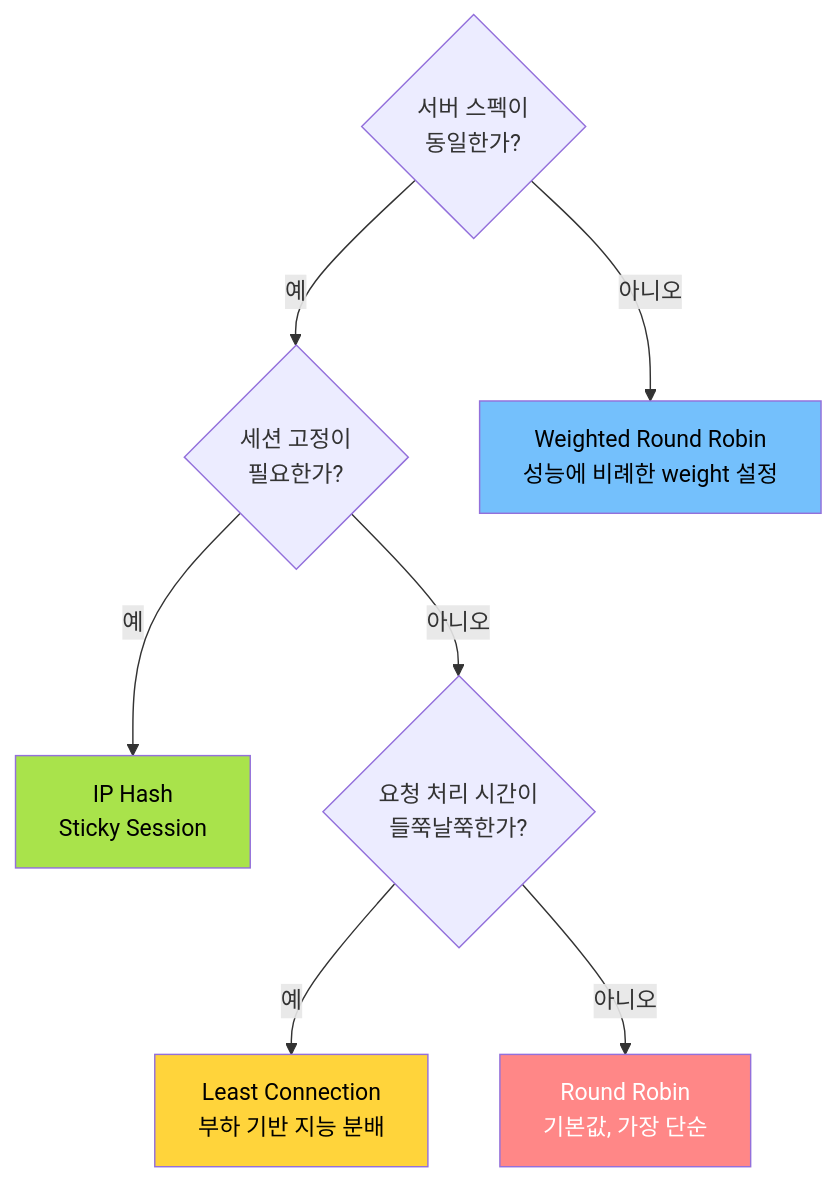
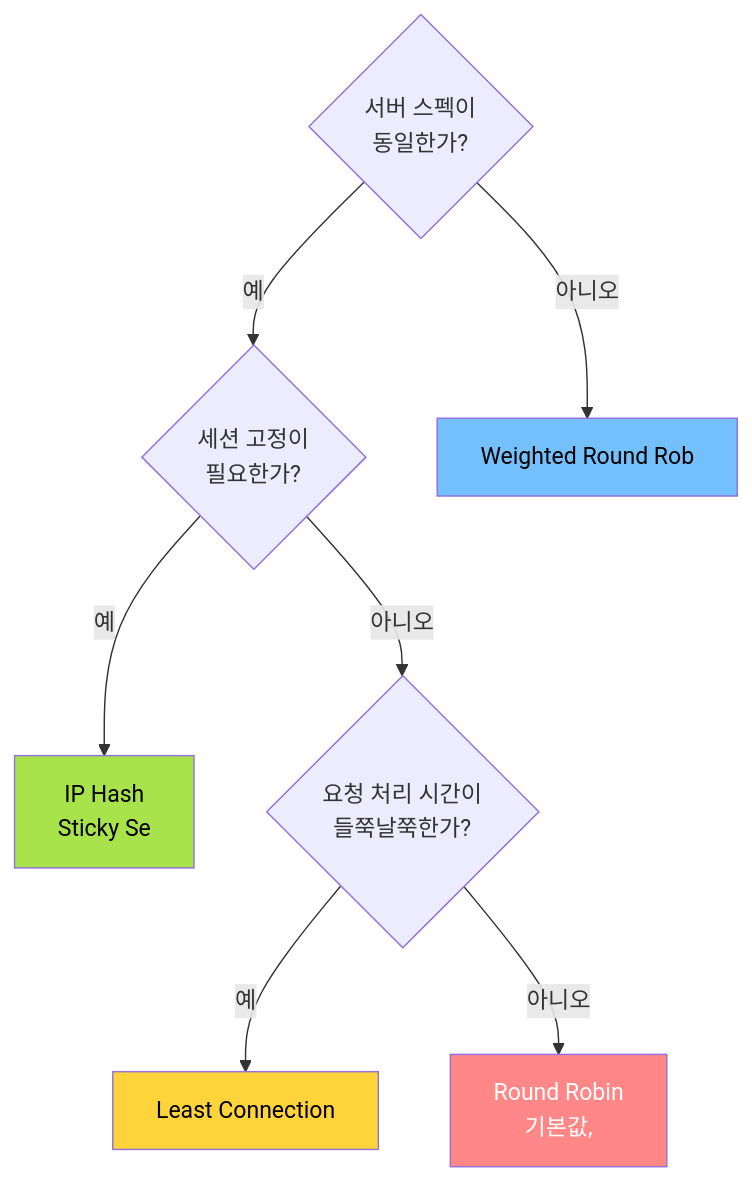
Before and after one commit to yjkim2015/yjkim2015.github.io: diagram 11 of 18 in _posts/server/2026-05-01-nginx.md, drawn with Mermaid. The commit also changed other lines of this file and 271 other files, not shown here.

First line of the commit message:
Mermaid 라벨 축소: 긴 노드 텍스트 18자 이하로 트림 + \n 제거

````diff
--- a/_posts/server/2026-05-01-nginx.md
+++ b/_posts/server/2026-05-01-nginx.md
@@ -422,14 +422,14 @@
 ```mermaid
 graph TD
     Q1{"서버 스펙이\n동일한가?"}
     Q1 -->|"예"| Q2{"세션 고정이\n필요한가?"}
-    Q1 -->|"아니오"| WRR["Weighted Round Robin\n성능에 비례한 weight 설정"]
-    Q2 -->|"예"| IPHASH["IP Hash\nSticky Session"]
+    Q1 -->|"아니오"| WRR["Weighted Round Rob"]
+    Q2 -->|"예"| IPHASH["IP Hash\nSticky Se"]
     Q2 -->|"아니오"| Q3{"요청 처리 시간이\n들쭉날쭉한가?"}
-    Q3 -->|"예"| LC["Least Connection\n부하 기반 지능 분배"]
-    Q3 -->|"아니오"| RR["Round Robin\n기본값, 가장 단순"]
+    Q3 -->|"예"| LC["Least Connection\n"]
+    Q3 -->|"아니오"| RR["Round Robin\n기본값,"]
     style WRR fill:#74c0fc,color:#000
     style IPHASH fill:#a9e34b,color:#000
     style LC fill:#ffd43b,color:#000
     style RR fill:#ff8787,color:#fff
 ```
````
